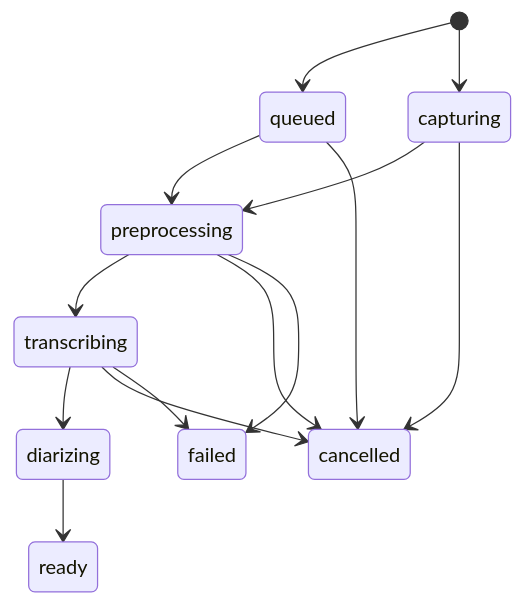
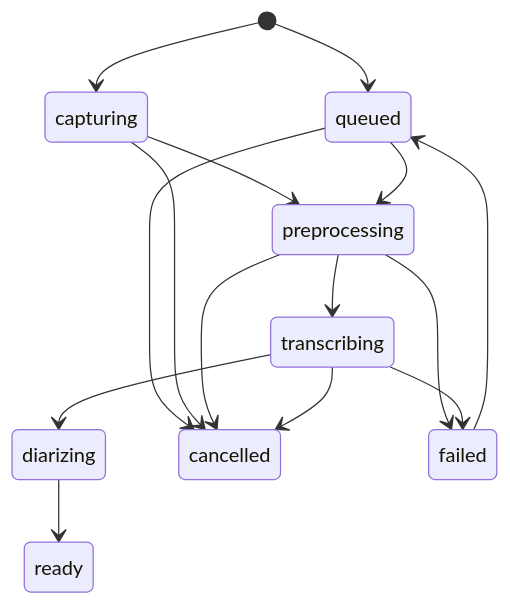
Before and after one commit to Pharos107/meeting-lecture-assistant: the diagram in docs/ARCHITECTURE_SPEC.md, drawn with Mermaid. The commit also changed other lines of this file and 6 other files, not shown here.

````diff
--- a/docs/ARCHITECTURE_SPEC.md
+++ b/docs/ARCHITECTURE_SPEC.md
@@ -379,16 +396,17 @@
 ```mermaid
 stateDiagram-v2
   [*] --> queued
   [*] --> capturing
   capturing --> preprocessing
   queued --> preprocessing
   preprocessing --> transcribing
   transcribing --> diarizing
   diarizing --> ready
   queued --> cancelled
   capturing --> cancelled
   preprocessing --> cancelled
   transcribing --> cancelled
   preprocessing --> failed
   transcribing --> failed
+  failed --> queued
 ```
````
